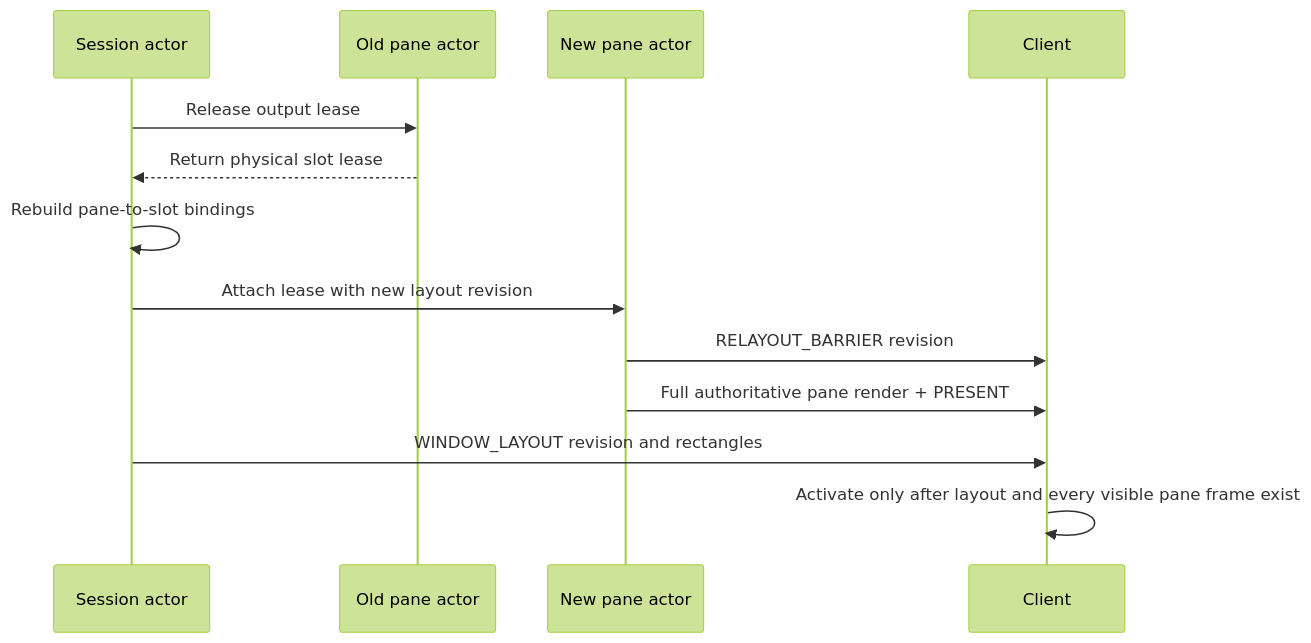
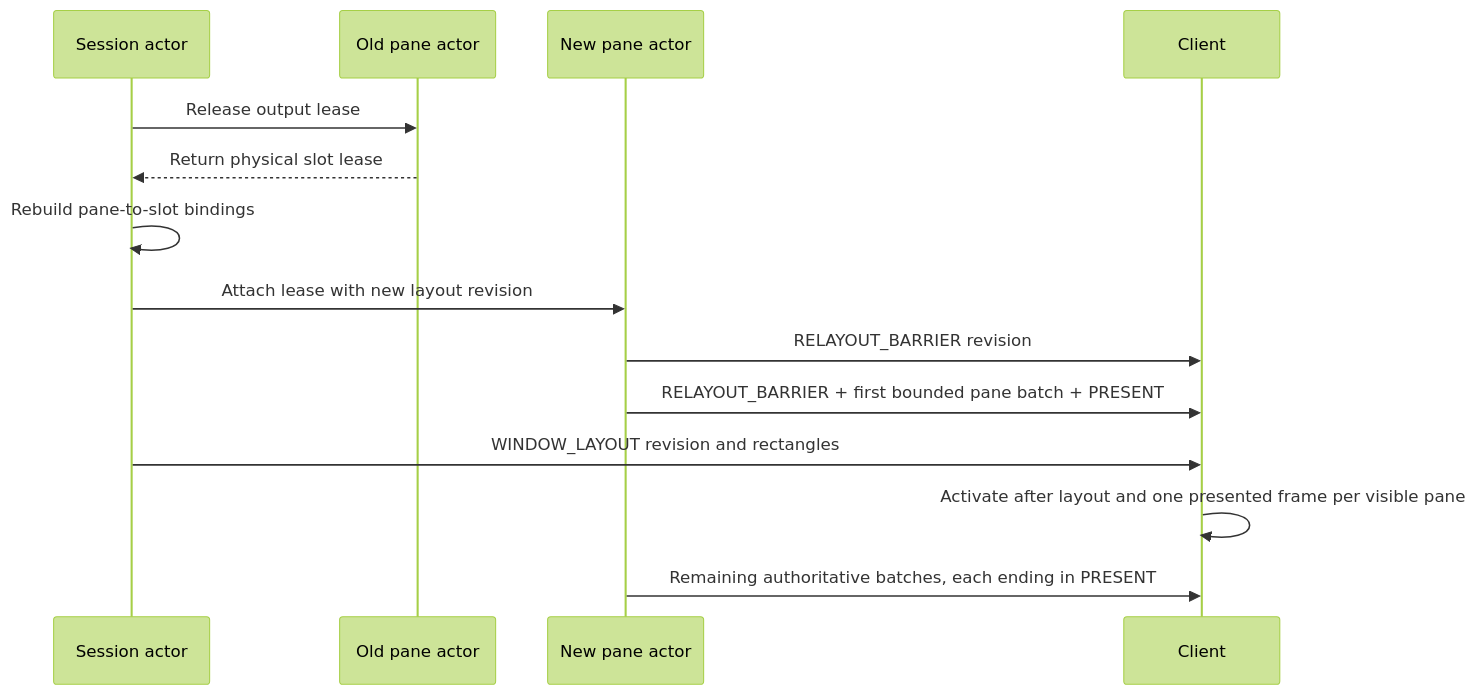
The sixth of 8 diagrams in ARCHITECTURE.md (garindra/meja), drawn with Mermaid (forest theme) before and after one commit. The commit also changed other lines of this file and 13 other files, not shown here.

````diff
--- a/ARCHITECTURE.md
+++ b/ARCHITECTURE.md
@@ -732,16 +761,17 @@
 ```mermaid
 sequenceDiagram
     participant S as Session actor
     participant O as Old pane actor
     participant N as New pane actor
     participant C as Client
 
     S->>O: Release output lease
     O-->>S: Return physical slot lease
     S->>S: Rebuild pane-to-slot bindings
     S->>N: Attach lease with new layout revision
     N->>C: RELAYOUT_BARRIER revision
-    N->>C: Full authoritative pane render + PRESENT
+    N->>C: RELAYOUT_BARRIER + first bounded pane batch + PRESENT
     S->>C: WINDOW_LAYOUT revision and rectangles
-    C->>C: Activate only after layout and every visible pane frame exist
+    C->>C: Activate after layout and one presented frame per visible pane
+    N->>C: Remaining authoritative batches, each ending in PRESENT
 ```
````
